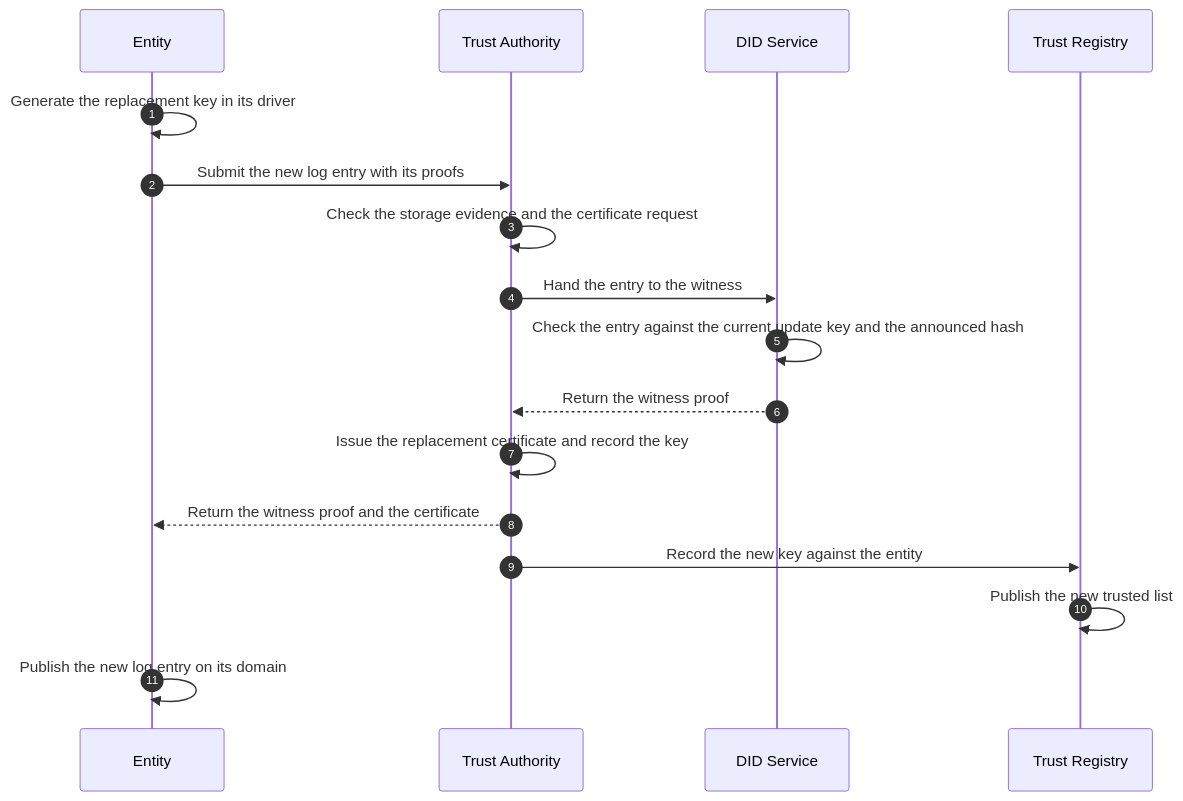
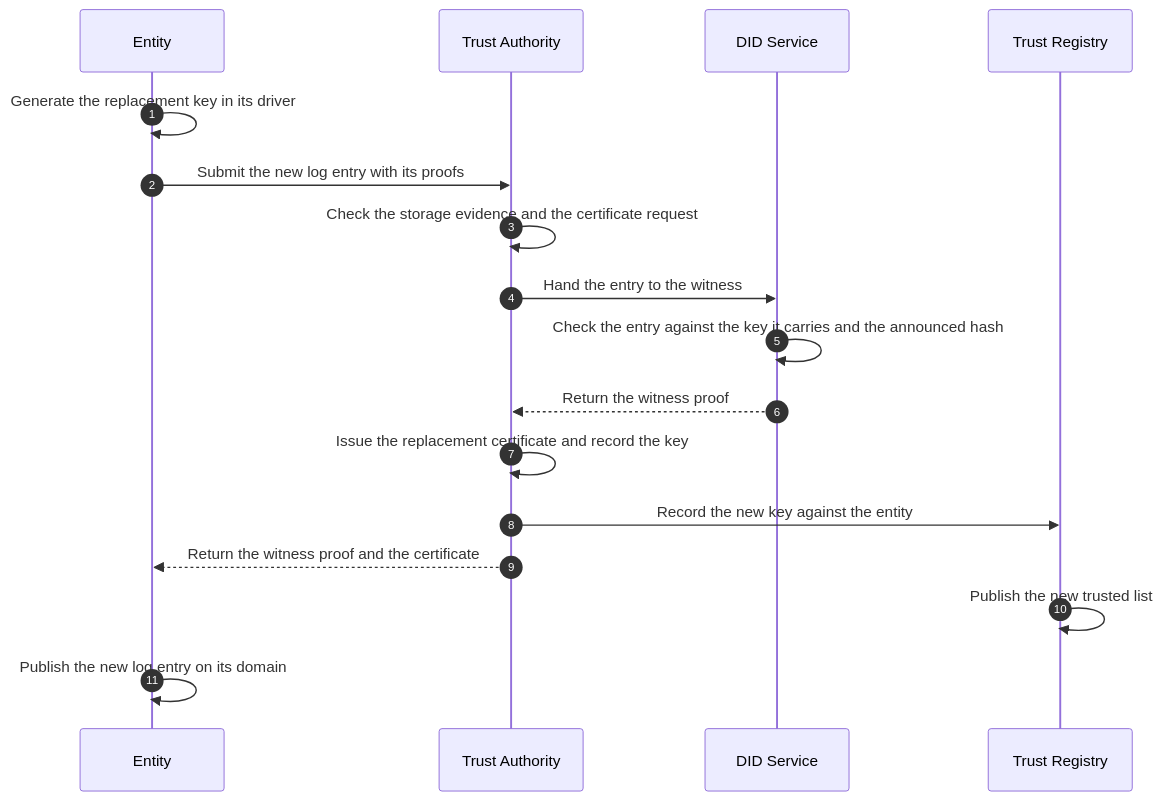
One commit to id-verifiable-credential-dev/id-doc-idctf changed the diagram in docs/architecture-framework/trust-model/keys-who-creates-who-signs.md. Above: the diagram before and after it, drawn with Mermaid. The commit also changed other lines of this file and 158 other files, not shown here.

````diff
--- a/docs/architecture-framework/trust-model/keys-who-creates-who-signs.md
+++ b/docs/architecture-framework/trust-model/keys-who-creates-who-signs.md
@@ -242,19 +279,19 @@
 ```mermaid
 sequenceDiagram
     autonumber
     participant Ent as Entity
     participant TA as Trust Authority
     participant DID as DID Service
     participant TR as Trust Registry
     Ent->>Ent: Generate the replacement key in its driver
     Ent->>TA: Submit the new log entry with its proofs
     TA->>TA: Check the storage evidence and the certificate request
     TA->>DID: Hand the entry to the witness
-    DID->>DID: Check the entry against the current update key and the announced hash
+    DID->>DID: Check the entry against the key it carries and the announced hash
     DID-->>TA: Return the witness proof
     TA->>TA: Issue the replacement certificate and record the key
+    TA->>TR: Record the new key against the entity
     TA-->>Ent: Return the witness proof and the certificate
-    TA->>TR: Record the new key against the entity
     TR->>TR: Publish the new trusted list
     Ent->>Ent: Publish the new log entry on its domain
 ```
````
